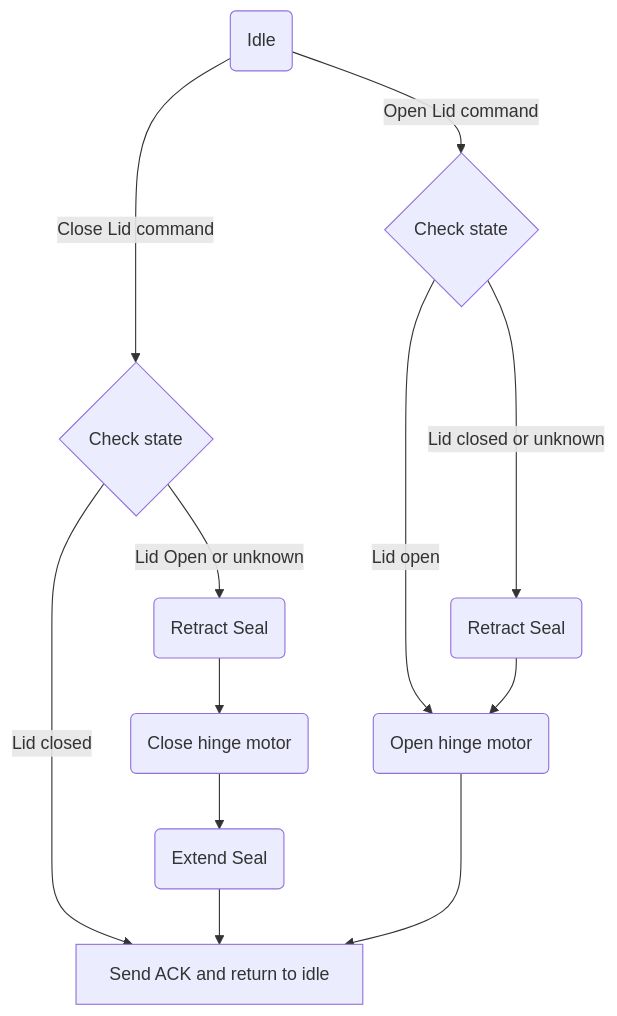
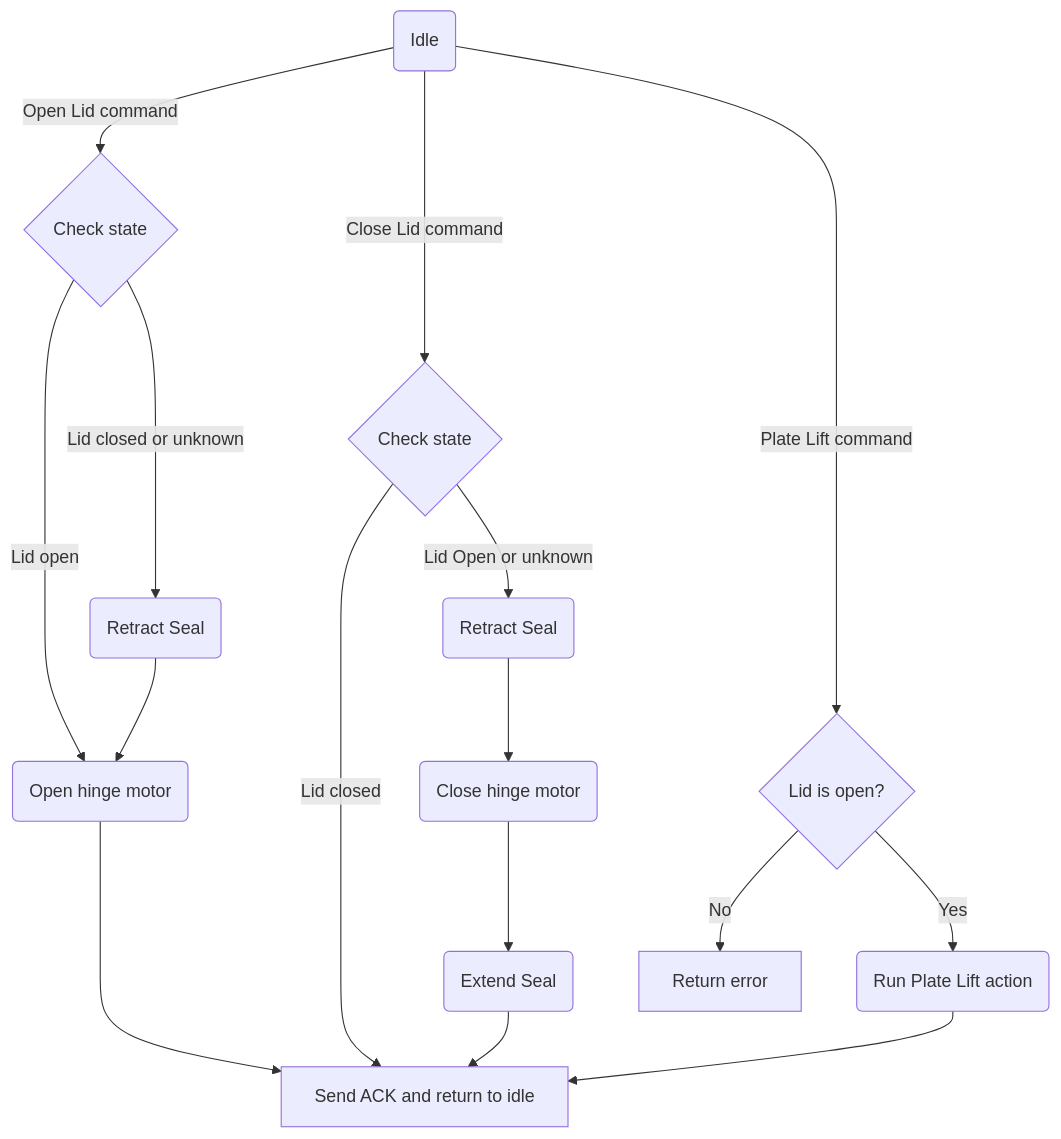
Before and after one commit to Opentrons/opentrons-modules: the first of 3 diagrams in stm32-modules/thermocycler-gen2/firmware/motor_task/README.md, drawn with Mermaid. The commit also changed other lines of this file, not shown here.

````diff
--- a/stm32-modules/thermocycler-gen2/firmware/motor_task/README.md
+++ b/stm32-modules/thermocycler-gen2/firmware/motor_task/README.md
@@ -6,25 +6,31 @@
 ```mermaid
 graph TD
     A(Idle)
     C{Check state}
     D{Check state}
     F(Retract Seal)
     Falt(Retract Seal)
     G(Extend Seal)
     E[Send ACK and return to idle]
     H(Open hinge motor)
     I(Close hinge motor)
 
+    LiftCheck{Lid is open?}
+    LiftFail[Return error]
+    LiftRun(Run Plate Lift action)
 
     A -->|Open Lid command| C
     A -->|Close Lid command| D
     C ---->|Lid open| H
     D ---->|Lid closed| E
     C -->|Lid closed or unknown| F
     D -->|Lid Open or unknown| Falt
     F --> H 
     Falt --> I
     I --> G 
     G --> E
     H ---> E
+    A -->|Plate Lift command| LiftCheck
+    LiftCheck -->|No| LiftFail
+    LiftCheck -->|Yes| LiftRun --> E
 ```
````
